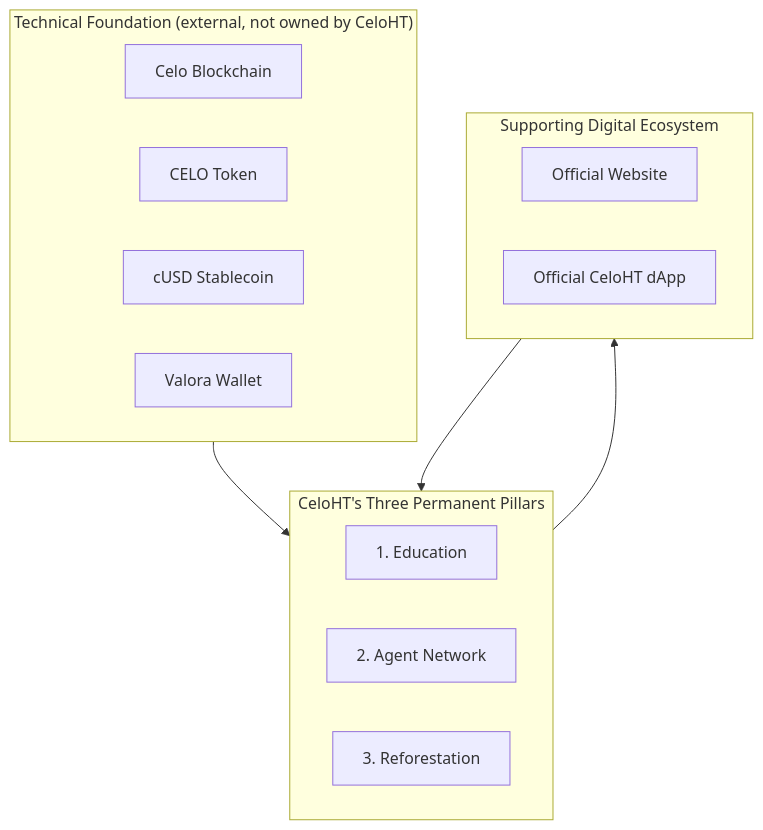
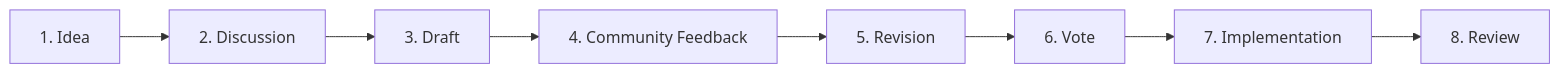
Before and after one commit to Celo-HaiTi/CeloHT: diagram 11 of 21 in WHITEPAPER.md, drawn with Mermaid. The commit also changed other lines of this file, not shown here.

````diff
--- a/WHITEPAPER.md
+++ b/WHITEPAPER.md
@@ -292,24 +650,10 @@
 ```mermaid
-flowchart TB
-    subgraph Foundation["Technical Foundation (external, not owned by CeloHT)"]
-        Celo[Celo Blockchain]
-        CELOTok[CELO Token]
-        cUSD[cUSD Stablecoin]
-        Valora[Valora Wallet]
-    end
-
-    subgraph Pillars["CeloHT's Three Permanent Pillars"]
-        Edu[1. Education]
-        Agent[2. Agent Network]
-        Reforest[3. Reforestation]
-    end
-
-    subgraph Ecosystem["Supporting Digital Ecosystem"]
-        Website[Official Website]
-        dApp[Official CeloHT dApp]
-    end
-
-    Foundation --> Pillars
-    Pillars --> Ecosystem
-    Ecosystem --> Pillars
+flowchart LR
+    A[1. Idea] --> B[2. Discussion]
+    B --> C[3. Draft]
+    C --> D[4. Community Feedback]
+    D --> E[5. Revision]
+    E --> F[6. Vote]
+    F --> G[7. Implementation]
+    G --> H[8. Review]
 ```
````
